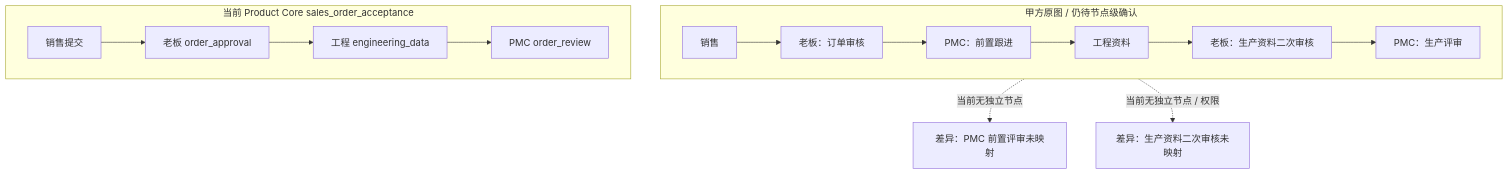
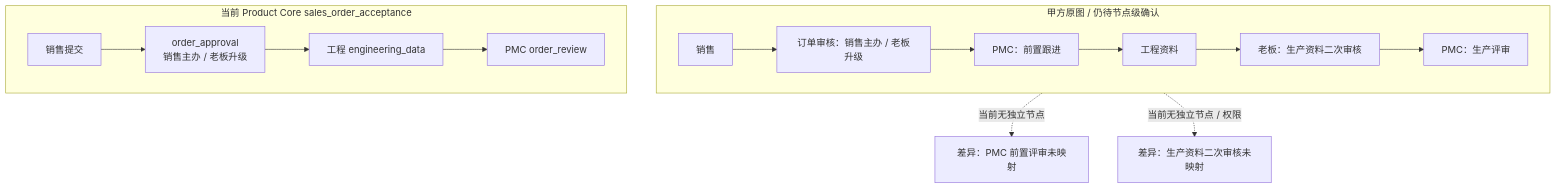
One commit to saurick/plush-toy-erp changed the fifth of 18 diagrams in docs/customers/yoyoosun/角色能力与流程矩阵.md. Above: the diagram before and after it, drawn with Mermaid. The commit also changed other lines of this file and 13 other files, not shown here.

````diff
--- a/docs/customers/yoyoosun/角色能力与流程矩阵.md
+++ b/docs/customers/yoyoosun/角色能力与流程矩阵.md
@@ -567,13 +567,13 @@
 ```mermaid
 flowchart TD
   subgraph clientLine["甲方原图 / 仍待节点级确认"]
     direction LR
-    cs["销售"] --> cb1["老板：订单审核"] --> cp1["PMC：前置跟进"] --> ce["工程资料"] --> cb2["老板：生产资料二次审核"] --> cp2["PMC：生产评审"]
+    cs["销售"] --> cb1["订单审核：销售主办 / 老板升级"] --> cp1["PMC：前置跟进"] --> ce["工程资料"] --> cb2["老板：生产资料二次审核"] --> cp2["PMC：生产评审"]
   end
   subgraph runtimeLine["当前 Product Core sales_order_acceptance"]
     direction LR
-    rs["销售提交"] --> rb["老板 order_approval"] --> re["工程 engineering_data"] --> rp["PMC order_review"]
+    rs["销售提交"] --> rb["order_approval<br/>销售主办 / 老板升级"] --> re["工程 engineering_data"] --> rp["PMC order_review"]
   end
   cp1 -. "当前无独立节点" .-> gap1["差异：PMC 前置评审未映射"]
   cb2 -. "当前无独立节点 / 权限" .-> gap2["差异：生产资料二次审核未映射"]
 ```
````
